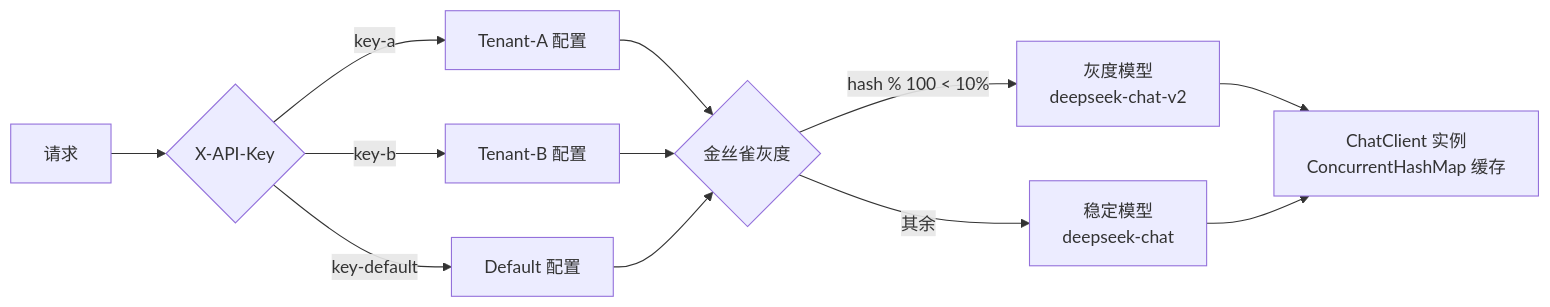
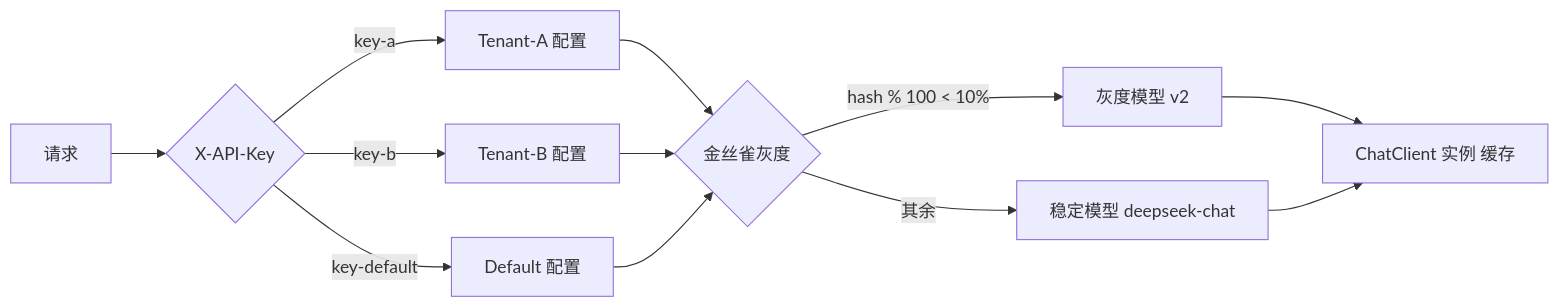
One commit to zhenkunwen/customer-service changed the fourth of 6 diagrams in README.md. Above: the diagram before and after it, drawn with Mermaid. The commit also changed other lines of this file, not shown here.

First line of the commit message:
fix: escape special chars in Mermaid diagrams for GitHub rendering

````diff
--- a/README.md
+++ b/README.md
@@ -138,17 +184,17 @@
 ```mermaid
 flowchart LR
-    Req[请求] --> Key{X-API-Key}
-    Key -->|key-a| TA[Tenant-A 配置]
-    Key -->|key-b| TB[Tenant-B 配置]
-    Key -->|key-default| TD[Default 配置]
+    Req["请求"] --> Key{"X-API-Key"}
+    Key -->|"key-a"| TA["Tenant-A 配置"]
+    Key -->|"key-b"| TB["Tenant-B 配置"]
+    Key -->|"key-default"| TD["Default 配置"]
     
-    TA --> TF{金丝雀灰度}
+    TA --> TF{"金丝雀灰度"}
     TB --> TF
     TD --> TF
     
-    TF -->|hash % 100 < 10%| Gray[灰度模型<br/>deepseek-chat-v2]
-    TF -->|其余| Stable[稳定模型<br/>deepseek-chat]
+    TF -->|"hash % 100 < 10%"| Gray["灰度模型 v2"]
+    TF -->|"其余"| Stable["稳定模型 deepseek-chat"]
     
-    Gray --> Client[ChatClient 实例<br/>ConcurrentHashMap 缓存]
+    Gray --> Client["ChatClient 实例 缓存"]
     Stable --> Client
 ```
````
